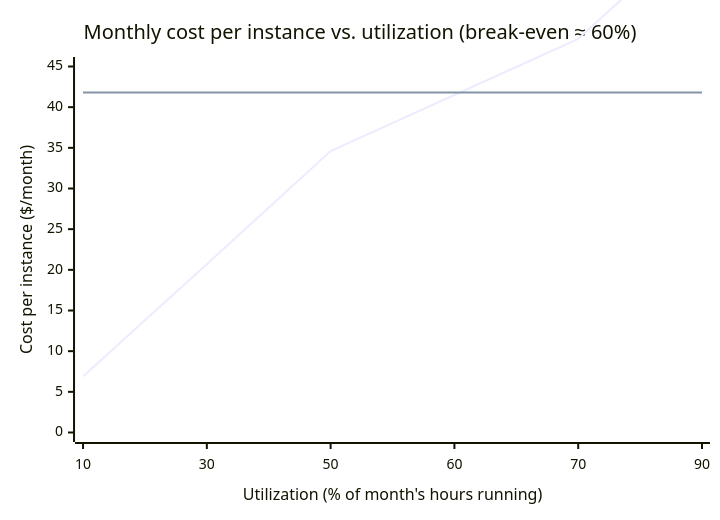
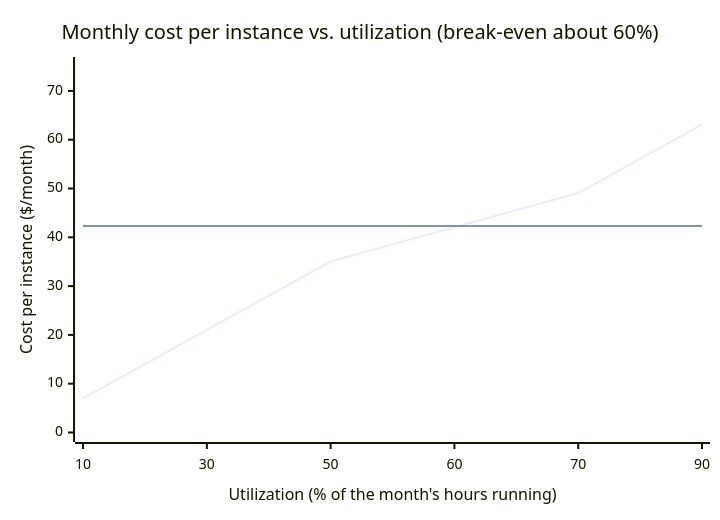
One commit to francoandreDev/knowledge changed the second of 2 diagrams in src/content/architecture/cost-aware-architecture/L3-deep-dive.mdx. Above: the diagram before and after it, drawn with Mermaid. The commit also changed other lines of this file and 18 other files, not shown here.

Commit message:
Migrate architecture batch 4 (architecture-for-compliance, cost-aware-architecture, architecture-review, technical-strategy-roadmapping) to the three-tier exercise model

````diff
--- a/src/content/architecture/cost-aware-architecture/L3-deep-dive.mdx
+++ b/src/content/architecture/cost-aware-architecture/L3-deep-dive.mdx
@@ -174,8 +109,8 @@
 ```mermaid
 xychart-beta
-    title "Monthly cost per instance vs. utilization (break-even ≈ 60%)"
-    x-axis "Utilization (% of month's hours running)" [10, 30, 50, 60, 70, 90]
-    y-axis "Cost per instance ($/month)" 0 --> 45
-    line "On-demand ($0.096/hr)" [6.9, 20.7, 34.6, 41.5, 48.4, 62.2]
-    line "Reserved ($0.058/hr, flat)" [41.8, 41.8, 41.8, 41.8, 41.8, 41.8]
+    title "Monthly cost per instance vs. utilization (break-even about 60%)"
+    x-axis "Utilization (% of the month's hours running)" [10, 30, 50, 60, 70, 90]
+    y-axis "Cost per instance ($/month)" 0 --> 75
+    line "On-demand ($0.096/hr, pay per hour run)" [7.01, 21.02, 35.04, 42.05, 49.06, 63.07]
+    line "Reserved ($0.058/hr, flat)" [42.34, 42.34, 42.34, 42.34, 42.34, 42.34]
 ```
````
